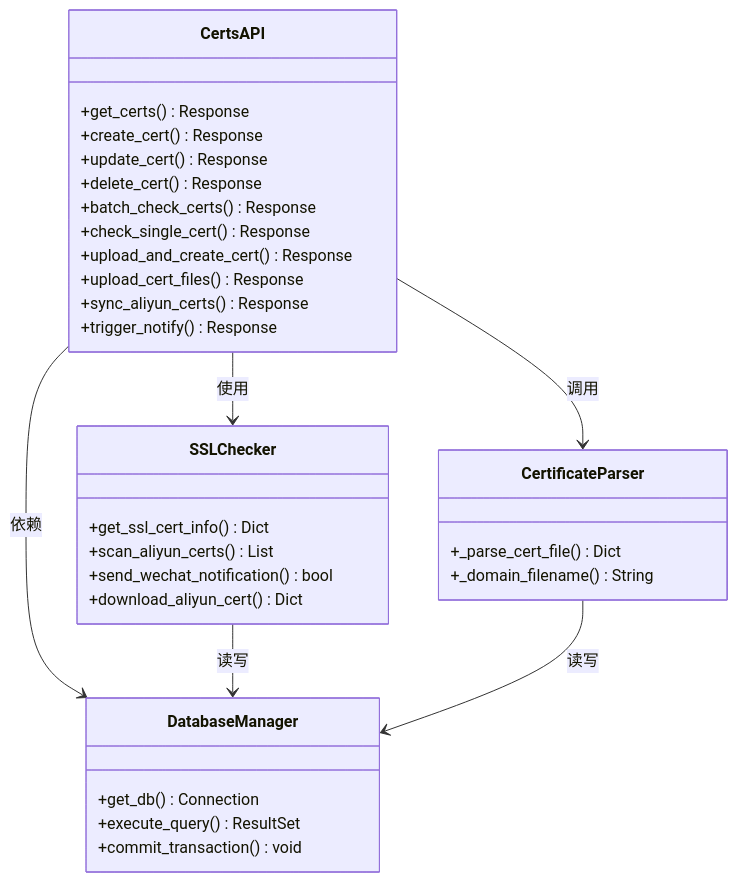
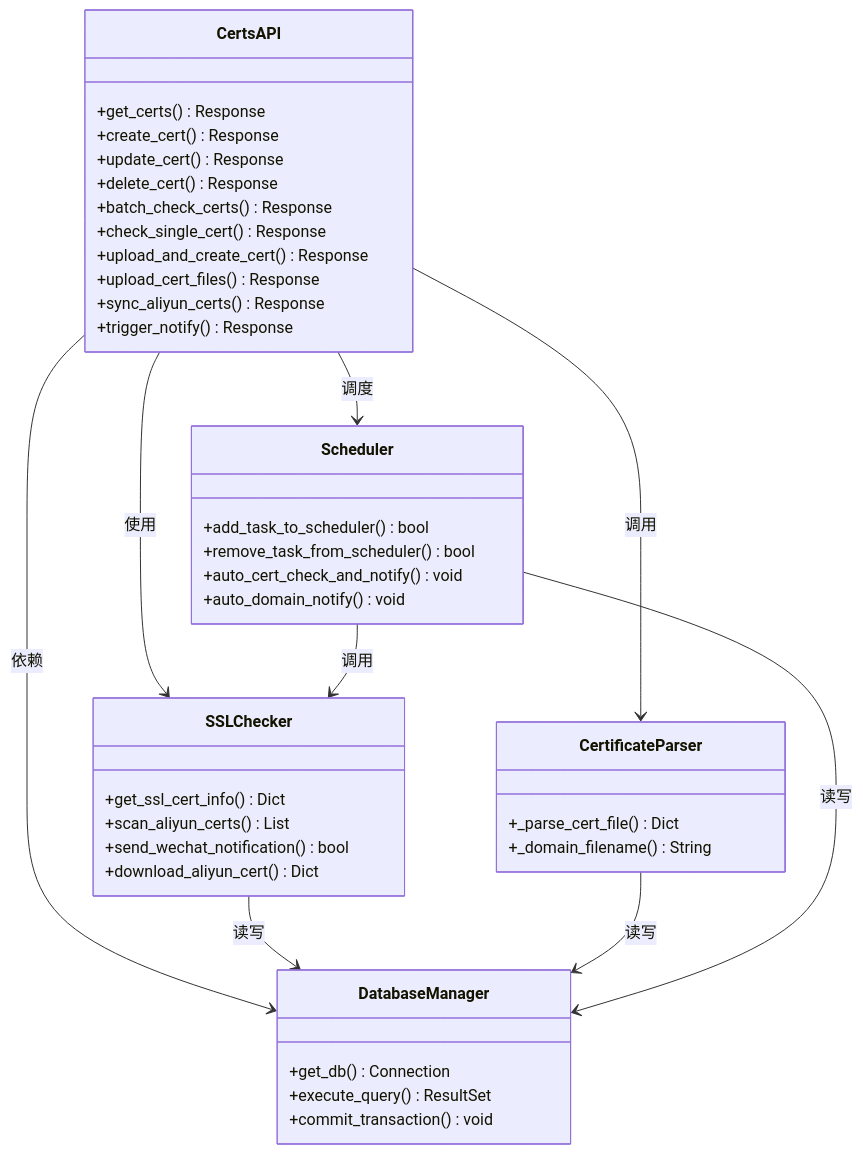
Before and after one commit to ismine3/OPS: the fourth of 13 diagrams in .qoder/repowiki/zh/content/核心功能模块/SSL证书管理系统.md, drawn with Mermaid. The commit also changed other lines of this file and 5 other files, not shown here.

````diff
--- a/.qoder/repowiki/zh/content/核心功能模块/SSL证书管理系统.md
+++ b/.qoder/repowiki/zh/content/核心功能模块/SSL证书管理系统.md
@@ -233,35 +245,44 @@
 ```mermaid
 classDiagram
 class CertsAPI {
 +get_certs() Response
 +create_cert() Response
 +update_cert() Response
 +delete_cert() Response
 +batch_check_certs() Response
 +check_single_cert() Response
 +upload_and_create_cert() Response
 +upload_cert_files() Response
 +sync_aliyun_certs() Response
 +trigger_notify() Response
 }
 class SSLChecker {
 +get_ssl_cert_info() Dict
 +scan_aliyun_certs() List
 +send_wechat_notification() bool
 +download_aliyun_cert() Dict
 }
 class CertificateParser {
 +_parse_cert_file() Dict
 +_domain_filename() String
 }
 class DatabaseManager {
 +get_db() Connection
 +execute_query() ResultSet
 +commit_transaction() void
 }
+class Scheduler {
++add_task_to_scheduler() bool
++remove_task_from_scheduler() bool
++auto_cert_check_and_notify() void
++auto_domain_notify() void
+}
 CertsAPI --> SSLChecker : 使用
 CertsAPI --> CertificateParser : 调用
 CertsAPI --> DatabaseManager : 依赖
+CertsAPI --> Scheduler : 调度
 SSLChecker --> DatabaseManager : 读写
 CertificateParser --> DatabaseManager : 读写
+Scheduler --> SSLChecker : 调用
+Scheduler --> DatabaseManager : 读写
 ```
````
